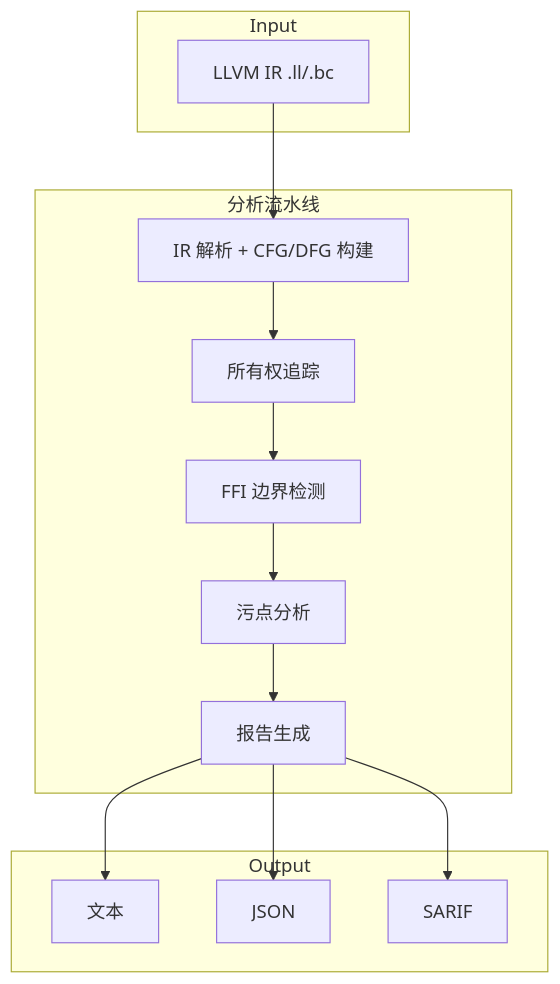
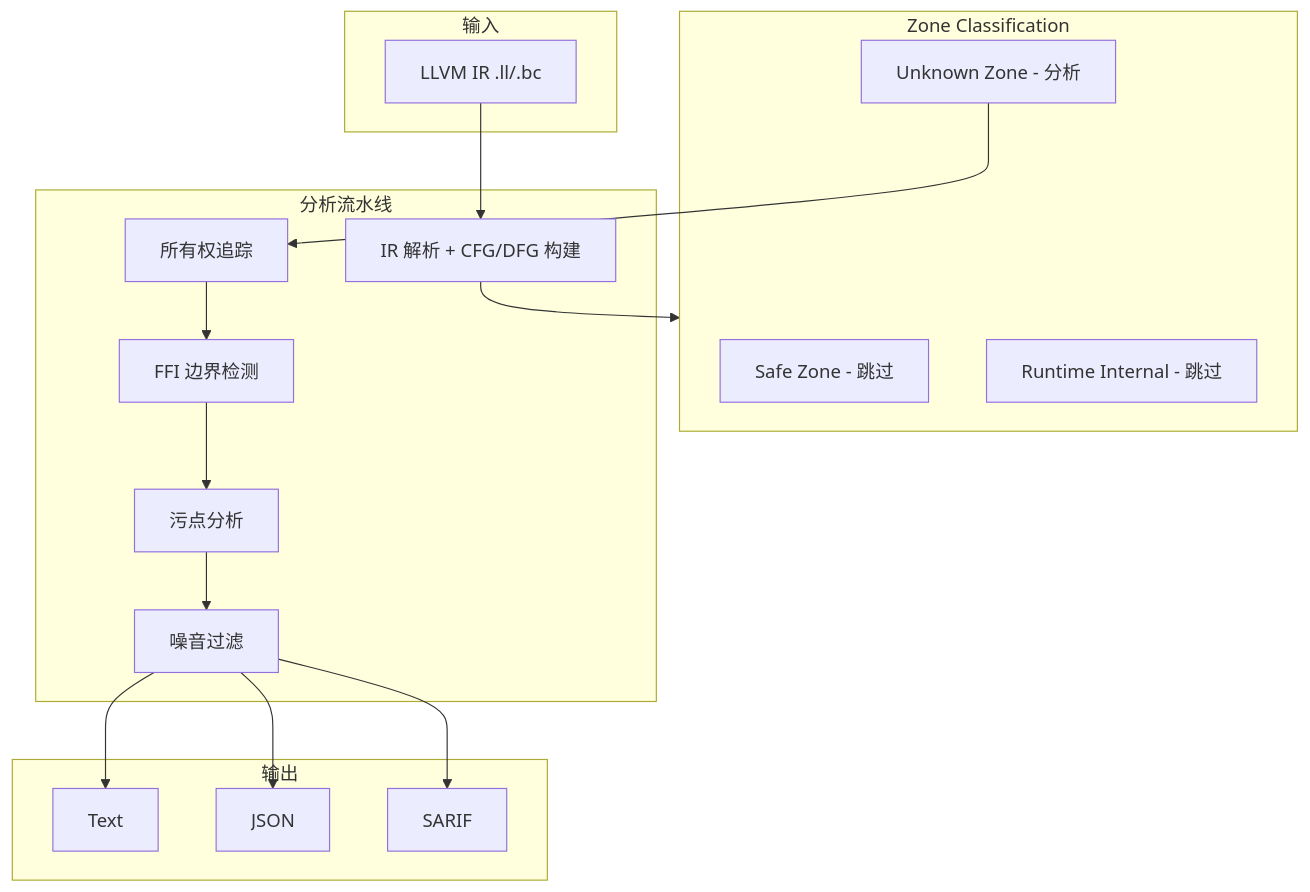
Before and after one commit to Timwood0x10/OmniScope: the second of 4 diagrams in README_zh.md, drawn with Mermaid. The commit also changed other lines of this file and 41 other files, not shown here.

Commit message:
implement zone classification for Rust/C code

````diff
--- a/README_zh.md
+++ b/README_zh.md
@@ -43,23 +65,30 @@
 ```mermaid
 graph TB
-    subgraph Input
+    subgraph Input["输入"]
         IR[LLVM IR .ll/.bc]
     end
     
-    subgraph Pipeline["分析流水线"]
-        Parse[IR 解析 + CFG/DFG 构建]
-        Own[所有权追踪]
-        FFI[FFI 边界检测]
-        Taint[污点分析]
-        Report[报告生成]
+    subgraph Zone["Zone Classification"]
+        Z1[Safe Zone - 跳过]
+        Z2[Runtime Internal - 跳过]
+        Z3[Unknown Zone - 分析]
     end
     
-    subgraph Output
-        Text[文本]
-        JSON[JSON]
-        SARIF[SARIF]
+    subgraph Pipeline["分析流水线"]
+        P1[IR 解析 + CFG/DFG 构建]
+        P2[所有权追踪]
+        P3[FFI 边界检测]
+        P4[污点分析]
+        P5[噪音过滤]
     end
     
-    IR --> Parse --> Own --> FFI --> Taint --> Report
-    Report --> Text & JSON & SARIF
+    subgraph Output["输出"]
+        O1[Text]
+        O2[JSON]
+        O3[SARIF]
+    end
+    
+    IR --> P1 --> Zone
+    Z3 --> P2 --> P3 --> P4 --> P5
+    P5 --> O1 & O2 & O3
 ```
````
